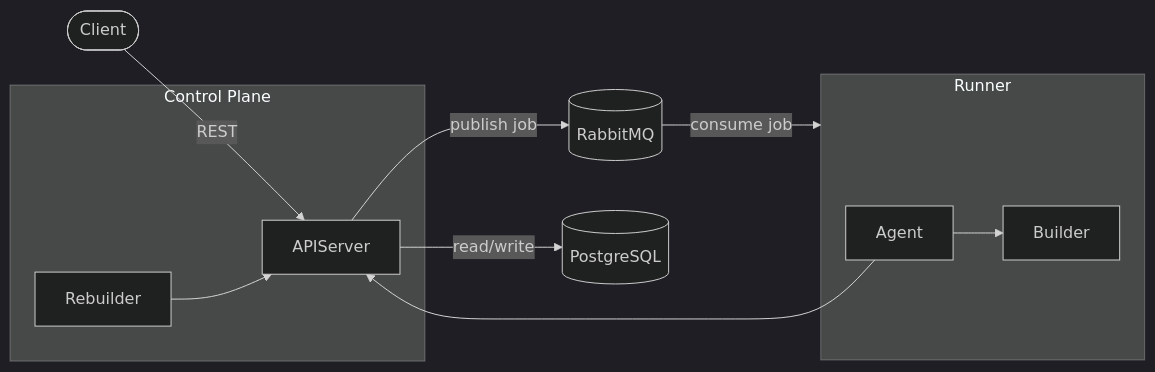
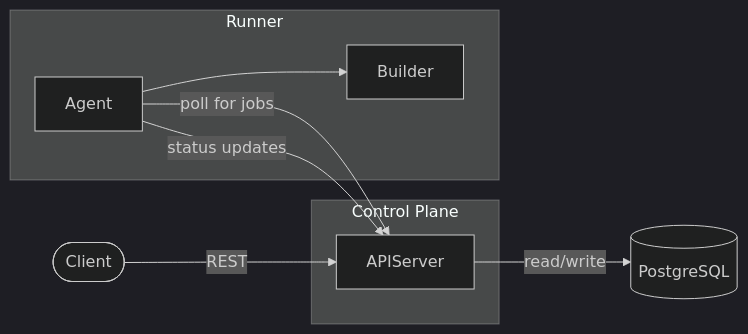
One commit to larryb02/Build-Server changed the first of 2 diagrams in docs/architecture.md. Above: the diagram before and after it, drawn with Mermaid (dark theme). The commit also changed other lines of this file and 2 other files, not shown here.

````diff
--- a/docs/architecture.md
+++ b/docs/architecture.md
@@ -5,23 +5,19 @@
 ``` mermaid
 graph LR
     Client([Client]) -->|REST| API
 
     subgraph Control Plane
         API[APIServer]
-        Rebuilder[Rebuilder]
     end
 
-    API -->|publish job| RabbitMQ[(RabbitMQ)]
     API -->|read/write| PostgreSQL[(PostgreSQL)]
-    Rebuilder -->API
-
-    RabbitMQ -->|consume job| Runner
 
     subgraph Runner
         Agent[Agent]
         Builder[Builder]
     end
 
+    Agent -->|poll for jobs| API
     Agent --> Builder
-    Agent --> API
+    Agent -->|status updates| API
 ```
````
